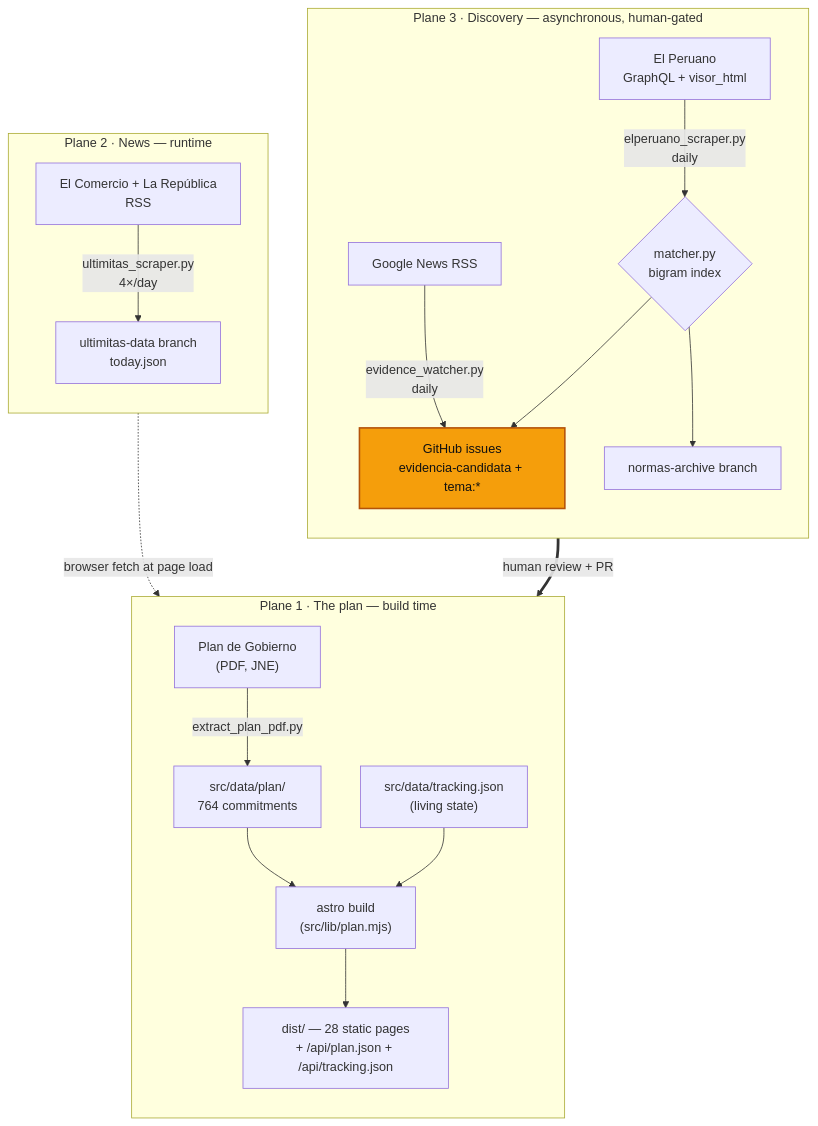
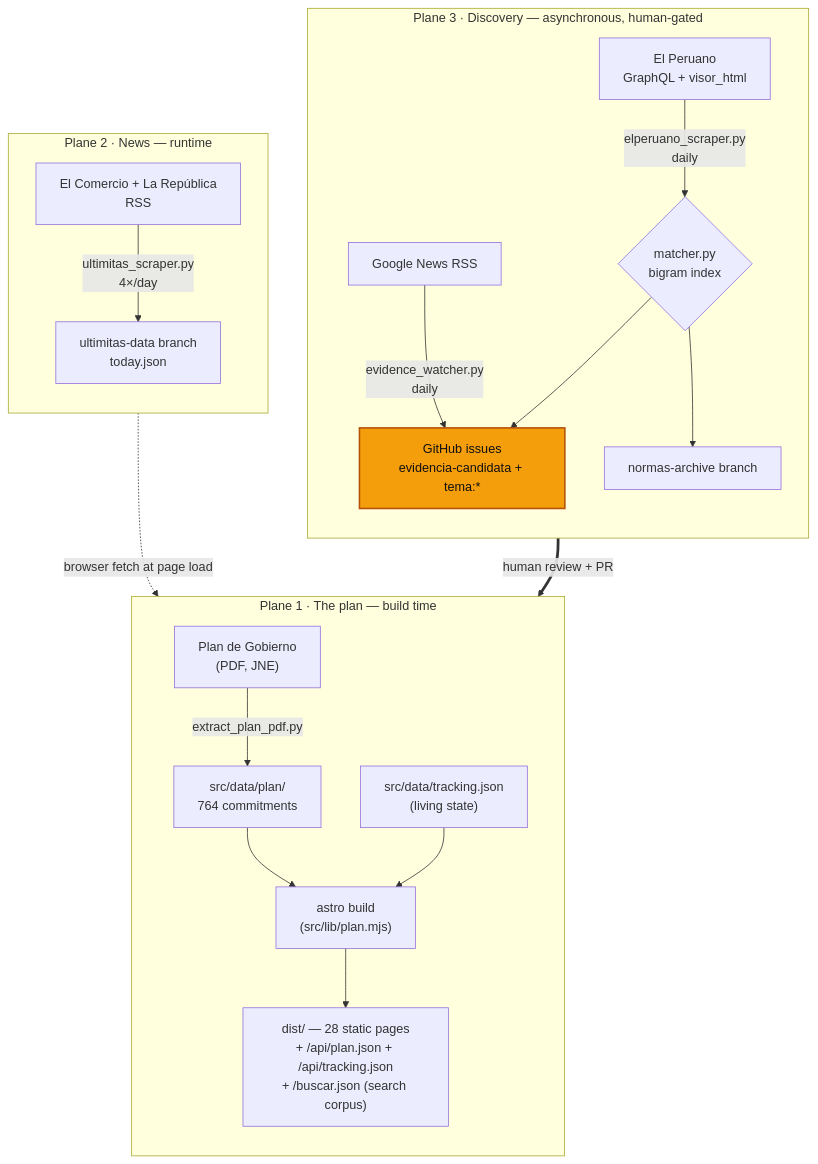
The diagram in docs/ARCHITECTURE.md (DianCotrina/keikogobierna), drawn with Mermaid before and after one commit. The commit also changed other lines of this file, not shown here.

Commit message:
docs: document the buscador corpus, module and anchor contract

````diff
--- a/docs/ARCHITECTURE.md
+++ b/docs/ARCHITECTURE.md
@@ -11,30 +11,30 @@
 ```mermaid
 flowchart TB
     subgraph P3["Plane 3 · Discovery — asynchronous, human-gated"]
         direction TB
         EP["El Peruano<br/>GraphQL + visor_html"] -->|"elperuano_scraper.py<br/>daily"| MATCH{"matcher.py<br/>bigram index"}
         GN["Google News RSS"] -->|"evidence_watcher.py<br/>daily"| ISSUES
         MATCH --> ISSUES["GitHub issues<br/>evidencia-candidata + tema:*"]
         MATCH --> ARCH["normas-archive branch"]
     end
 
     subgraph P2["Plane 2 · News — runtime"]
         direction TB
         EC["El Comercio + La República<br/>RSS"] -->|"ultimitas_scraper.py<br/>4×/day"| UD["ultimitas-data branch<br/>today.json"]
     end
 
     subgraph P1["Plane 1 · The plan — build time"]
         direction TB
         PDF["Plan de Gobierno<br/>(PDF, JNE)"] -->|"extract_plan_pdf.py"| PLAN["src/data/plan/<br/>764 commitments"]
         TRACK["src/data/tracking.json<br/>(living state)"]
         PLAN --> BUILD["astro build<br/>(src/lib/plan.mjs)"]
         TRACK --> BUILD
-        BUILD --> DIST["dist/ — 28 static pages<br/>+ /api/plan.json + /api/tracking.json"]
+        BUILD --> DIST["dist/ — 28 static pages<br/>+ /api/plan.json + /api/tracking.json<br/>+ /buscar.json (search corpus)"]
     end
 
     ISSUES ==>|"human review + PR"| TRACK
     UD -.->|"browser fetch at page load"| DIST
 
     classDef human fill:#f59e0b,stroke:#b45309,stroke-width:2px,color:#111
     class ISSUES human
 ```
````
